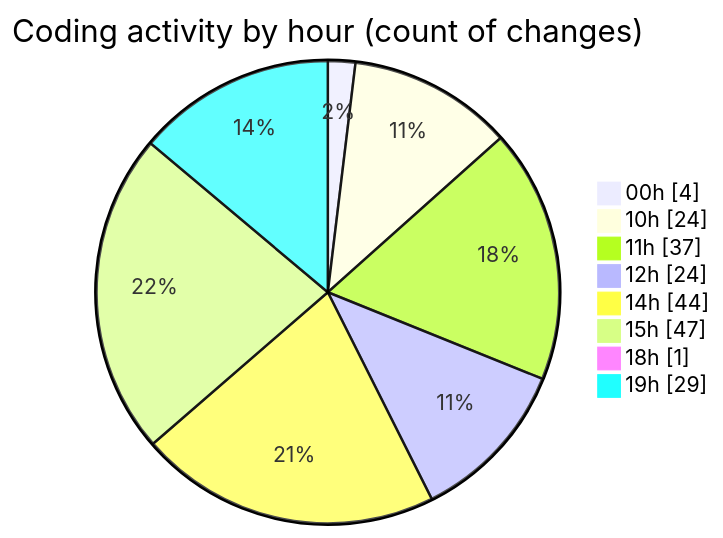
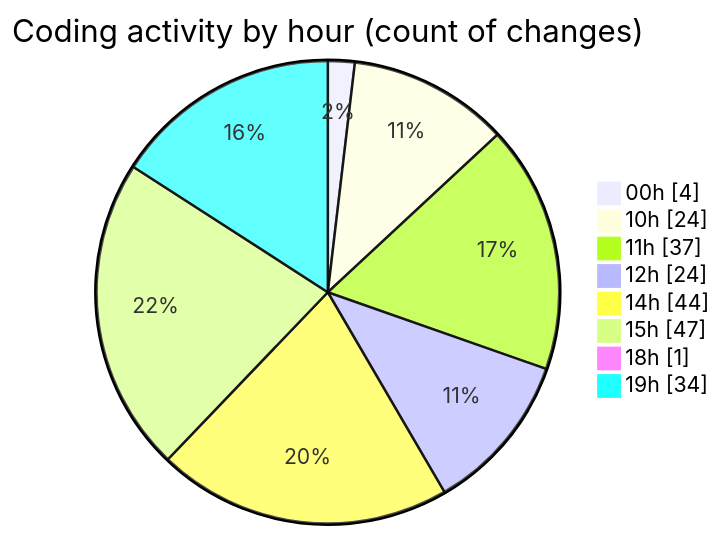
Before and after one commit to Netris89/code-tracking: the second of 2 diagrams in 2025-04-04/back-end/README.md, drawn with Mermaid. The commit also changed other lines of this file and 1 other file, not shown here.

````diff
--- a/2025-04-04/back-end/README.md
+++ b/2025-04-04/back-end/README.md
@@ -53,12 +53,12 @@
 ```mermaid
 pie showData
 title Coding activity by hour (count of changes)
 "00h" : 4
 "10h" : 24
 "11h" : 37
 "12h" : 24
 "14h" : 44
 "15h" : 47
 "18h" : 1
-"19h" : 29
+"19h" : 34
 ```
````
